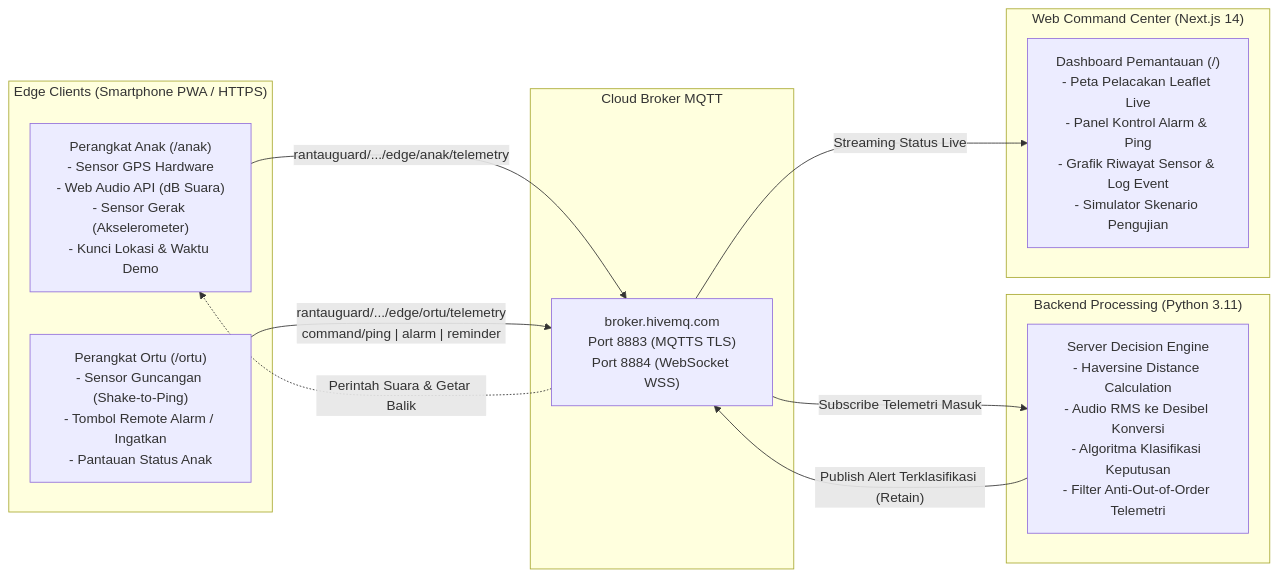
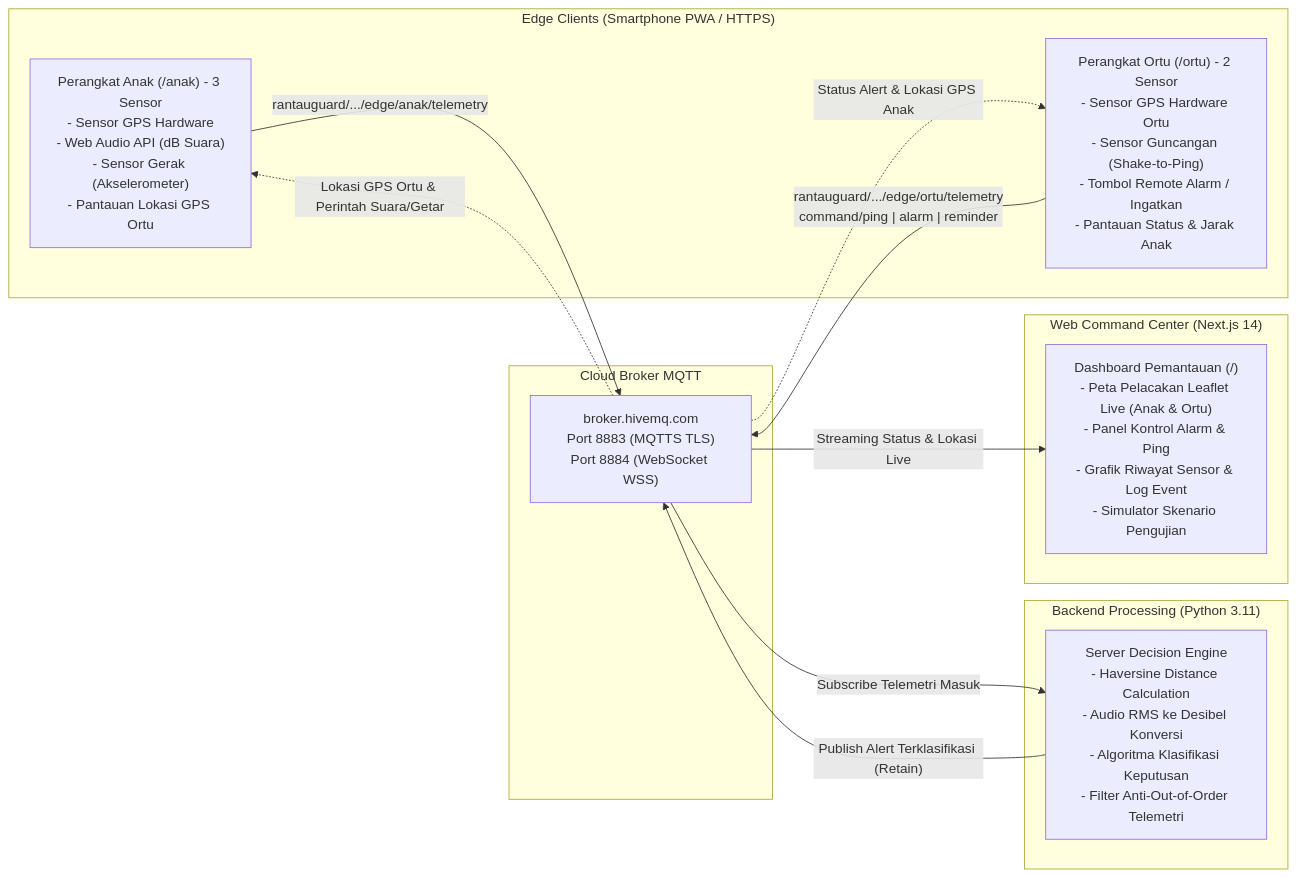
The diagram in README.md (chulopp/isDugem), drawn with Mermaid before and after one commit. The commit also changed other lines of this file and 12 other files, not shown here.

Commit message:
feat(edge,dashboard): add live GPS sensor to HP Ortu and bidirectional location view on HP Anak

````diff
--- a/README.md
+++ b/README.md
@@ -61,26 +61,27 @@
 ```mermaid
 flowchart LR
     subgraph EdgeClients["Edge Clients (Smartphone PWA / HTTPS)"]
-        EA["Perangkat Anak (/anak)\n- Sensor GPS Hardware\n- Web Audio API (dB Suara)\n- Sensor Gerak (Akselerometer)\n- Kunci Lokasi & Waktu Demo"]
-        EO["Perangkat Ortu (/ortu)\n- Sensor Guncangan (Shake-to-Ping)\n- Tombol Remote Alarm / Ingatkan\n- Pantauan Status Anak"]
+        EA["Perangkat Anak (/anak) - 3 Sensor\n- Sensor GPS Hardware\n- Web Audio API (dB Suara)\n- Sensor Gerak (Akselerometer)\n- Pantauan Lokasi GPS Ortu"]
+        EO["Perangkat Ortu (/ortu) - 2 Sensor\n- Sensor GPS Hardware Ortu\n- Sensor Guncangan (Shake-to-Ping)\n- Tombol Remote Alarm / Ingatkan\n- Pantauan Status & Jarak Anak"]
     end
 
     subgraph BrokerCloud["Cloud Broker MQTT"]
         MQTT["broker.hivemq.com\nPort 8883 (MQTTS TLS)\nPort 8884 (WebSocket WSS)"]
     end
 
     subgraph BackendEngine["Backend Processing (Python 3.11)"]
         ENGINE["Server Decision Engine\n- Haversine Distance Calculation\n- Audio RMS ke Desibel Konversi\n- Algoritma Klasifikasi Keputusan\n- Filter Anti-Out-of-Order Telemetri"]
     end
 
     subgraph CommandCenter["Web Command Center (Next.js 14)"]
-        DASH["Dashboard Pemantauan (/)\n- Peta Pelacakan Leaflet Live\n- Panel Kontrol Alarm & Ping\n- Grafik Riwayat Sensor & Log Event\n- Simulator Skenario Pengujian"]
+        DASH["Dashboard Pemantauan (/)\n- Peta Pelacakan Leaflet Live (Anak & Ortu)\n- Panel Kontrol Alarm & Ping\n- Grafik Riwayat Sensor & Log Event\n- Simulator Skenario Pengujian"]
     end
 
     EA -->|"rantauguard/.../edge/anak/telemetry"| MQTT
     EO -->|"rantauguard/.../edge/ortu/telemetry\ncommand/ping | alarm | reminder"| MQTT
     MQTT -->|"Subscribe Telemetri Masuk"| ENGINE
     ENGINE -->|"Publish Alert Terklasifikasi (Retain)"| MQTT
-    MQTT -->|"Streaming Status Live"| DASH
-    MQTT -.->|"Perintah Suara & Getar Balik"| EA
+    MQTT -->|"Streaming Status & Lokasi Live"| DASH
+    MQTT -.->|"Lokasi GPS Ortu & Perintah Suara/Getar"| EA
+    MQTT -.->|"Status Alert & Lokasi GPS Anak"| EO
 ```
````
